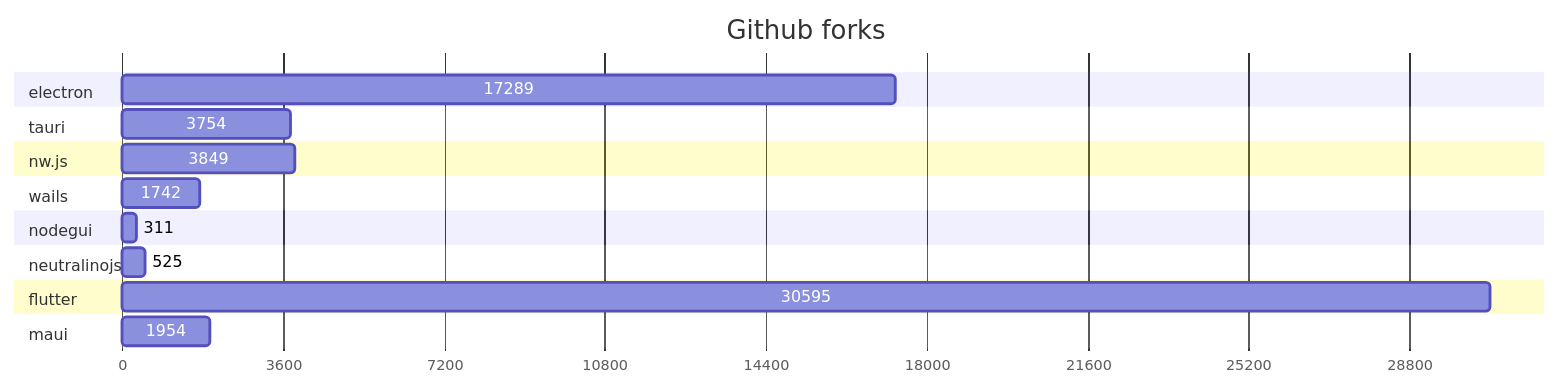
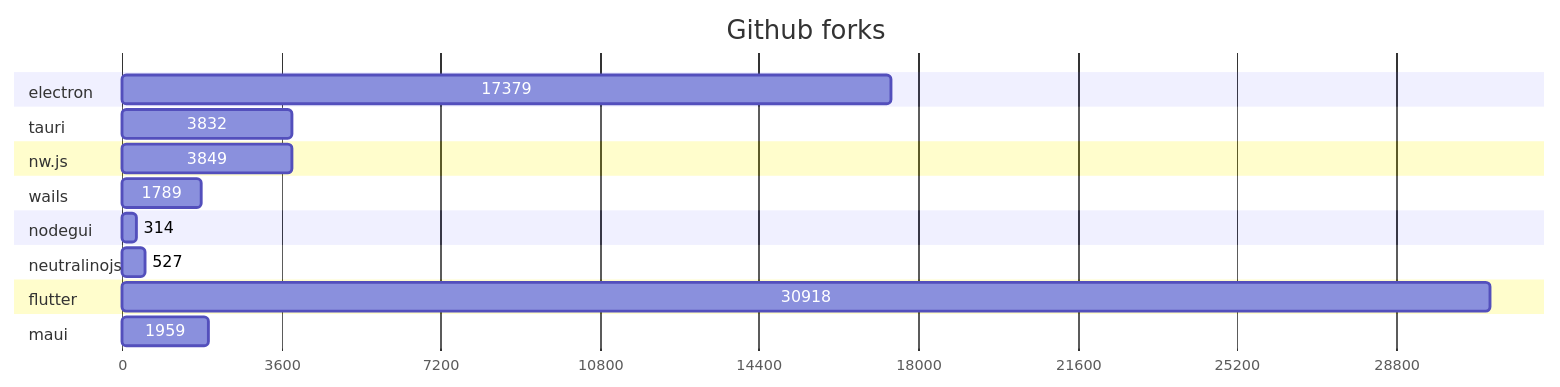
One commit to Elanis/web-to-desktop-framework-comparison changed the second of 2 diagrams in GRAPHS.md. Above: the diagram before and after it, drawn with Mermaid. The commit also changed other lines of this file and 2 other files, not shown here.

````diff
--- a/GRAPHS.md
+++ b/GRAPHS.md
@@ -47,40 +47,40 @@
 ```mermaid
 gantt
     title Github forks
     dateFormat  X
     axisFormat %s
 
 
 	section electron
-	17289 : 0, 17289
+	17379 : 0, 17379
 
 	
 	section tauri
-	3754 : 0, 3754
+	3832 : 0, 3832
 
 	
 	section nw.js
 	3849 : 0, 3849
 
 	
 	section wails
-	1742 : 0, 1742
+	1789 : 0, 1789
 
 	
 	section nodegui
-	311 : 0, 311
+	314 : 0, 314
 
 	
 	section neutralinojs
-	525 : 0, 525
+	527 : 0, 527
 
 	
 	section flutter
-	30595 : 0, 30595
+	30918 : 0, 30918
 
 	
 	section maui
-	1954 : 0, 1954
+	1959 : 0, 1959
 
 	
 ```
````
